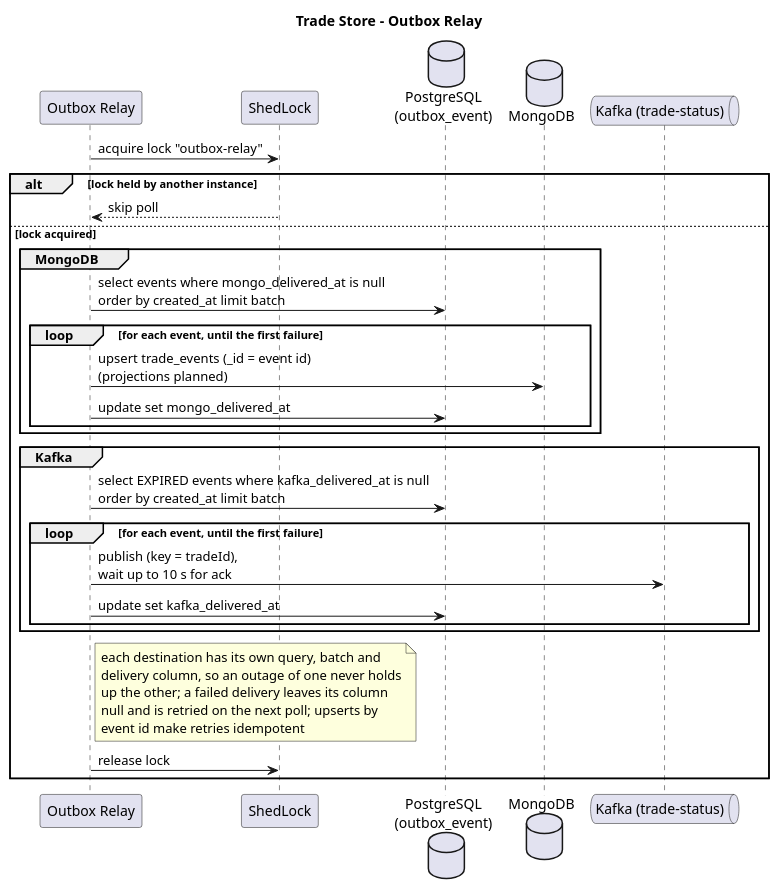
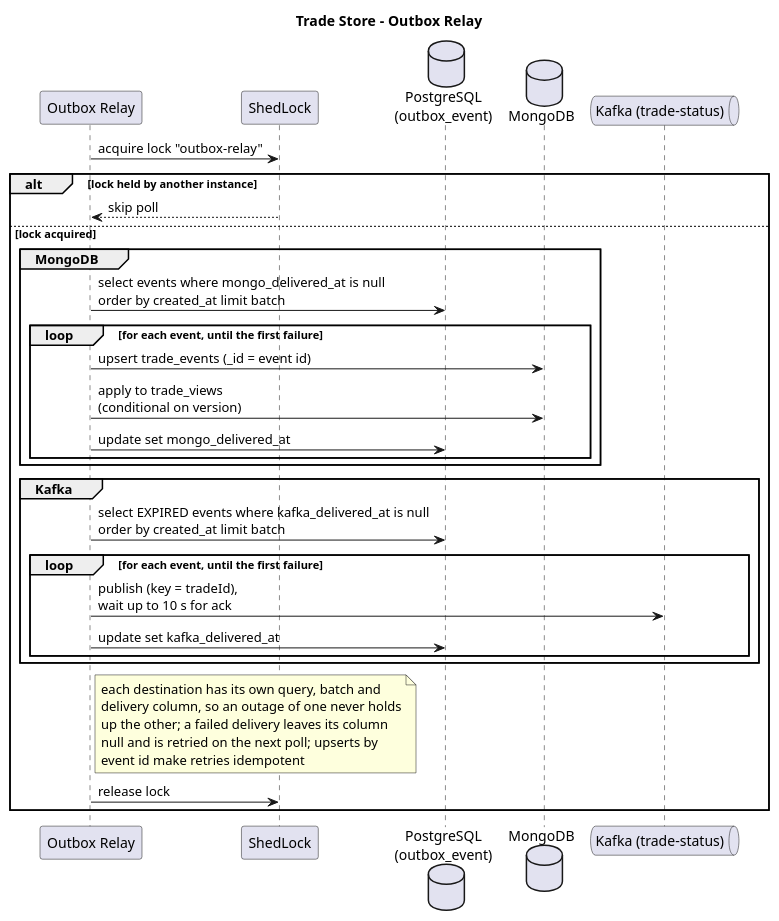
One commit to jabhijeet/trade-store changed the diagram in docs/diagrams/sequence-outbox-relay.puml. Above: the diagram before and after it, drawn with PlantUML. The commit also changed 50 other files, not shown here.

```diff
--- a/docs/diagrams/sequence-outbox-relay.puml
+++ b/docs/diagrams/sequence-outbox-relay.puml
@@ -1,37 +1,38 @@
 @startuml sequence-outbox-relay
 title Trade Store - Outbox Relay
 
 participant "Outbox Relay" as relay
 participant "ShedLock" as shedlock
 database "PostgreSQL\n(outbox_event)" as postgres
 database "MongoDB" as mongo
 queue "Kafka (trade-status)" as statusTopic
 
 relay -> shedlock : acquire lock "outbox-relay"
 alt lock held by another instance
   shedlock --> relay : skip poll
 else lock acquired
   group MongoDB
     relay -> postgres : select events where mongo_delivered_at is null\norder by created_at limit batch
     loop for each event, until the first failure
-      relay -> mongo : upsert trade_events (_id = event id)\n(projections planned)
+      relay -> mongo : upsert trade_events (_id = event id)
+      relay -> mongo : apply to trade_views\n(conditional on version)
       relay -> postgres : update set mongo_delivered_at
     end
   end
   group Kafka
     relay -> postgres : select EXPIRED events where kafka_delivered_at is null\norder by created_at limit batch
     loop for each event, until the first failure
       relay -> statusTopic : publish (key = tradeId),\nwait up to 10 s for ack
       relay -> postgres : update set kafka_delivered_at
     end
   end
   note right of relay
     each destination has its own query, batch and
     delivery column, so an outage of one never holds
     up the other; a failed delivery leaves its column
     null and is retried on the next poll; upserts by
     event id make retries idempotent
   end note
   relay -> shedlock : release lock
 end
 @enduml
```
